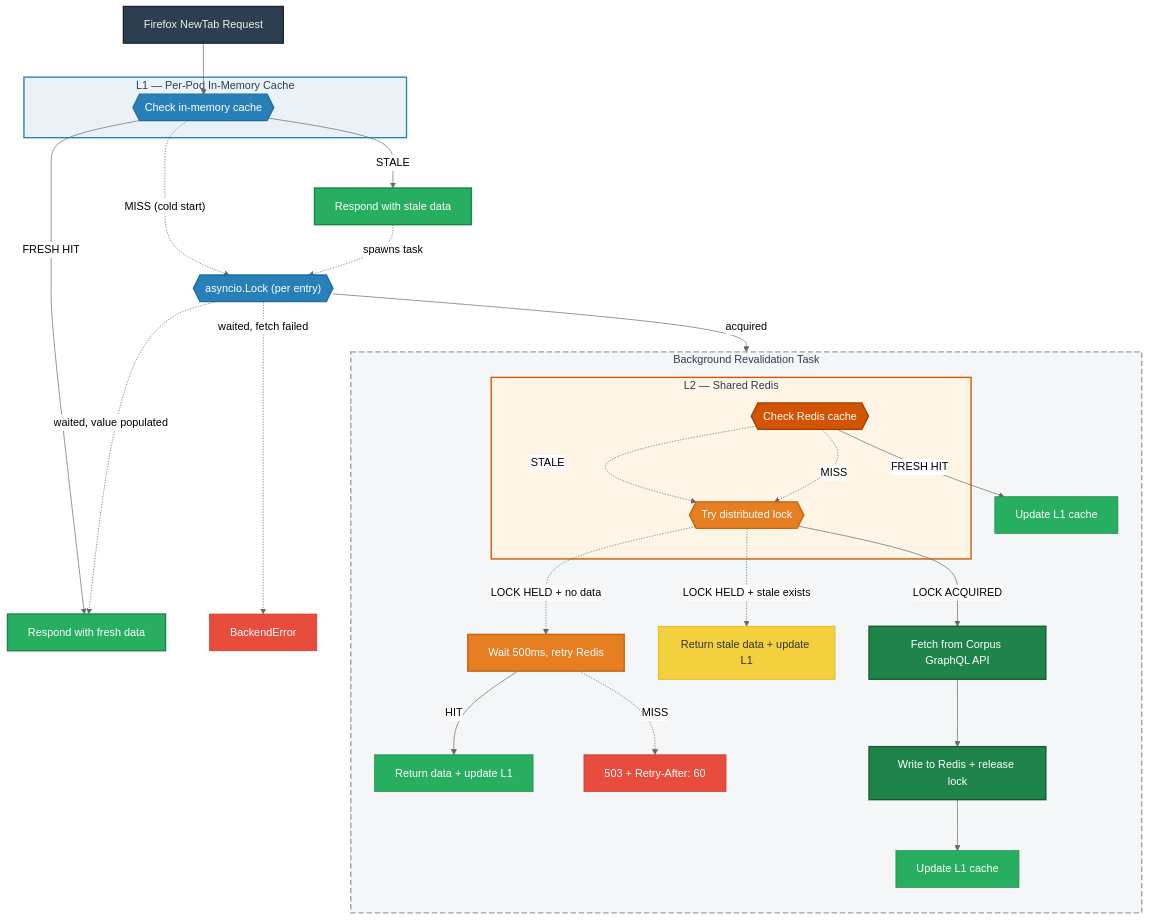
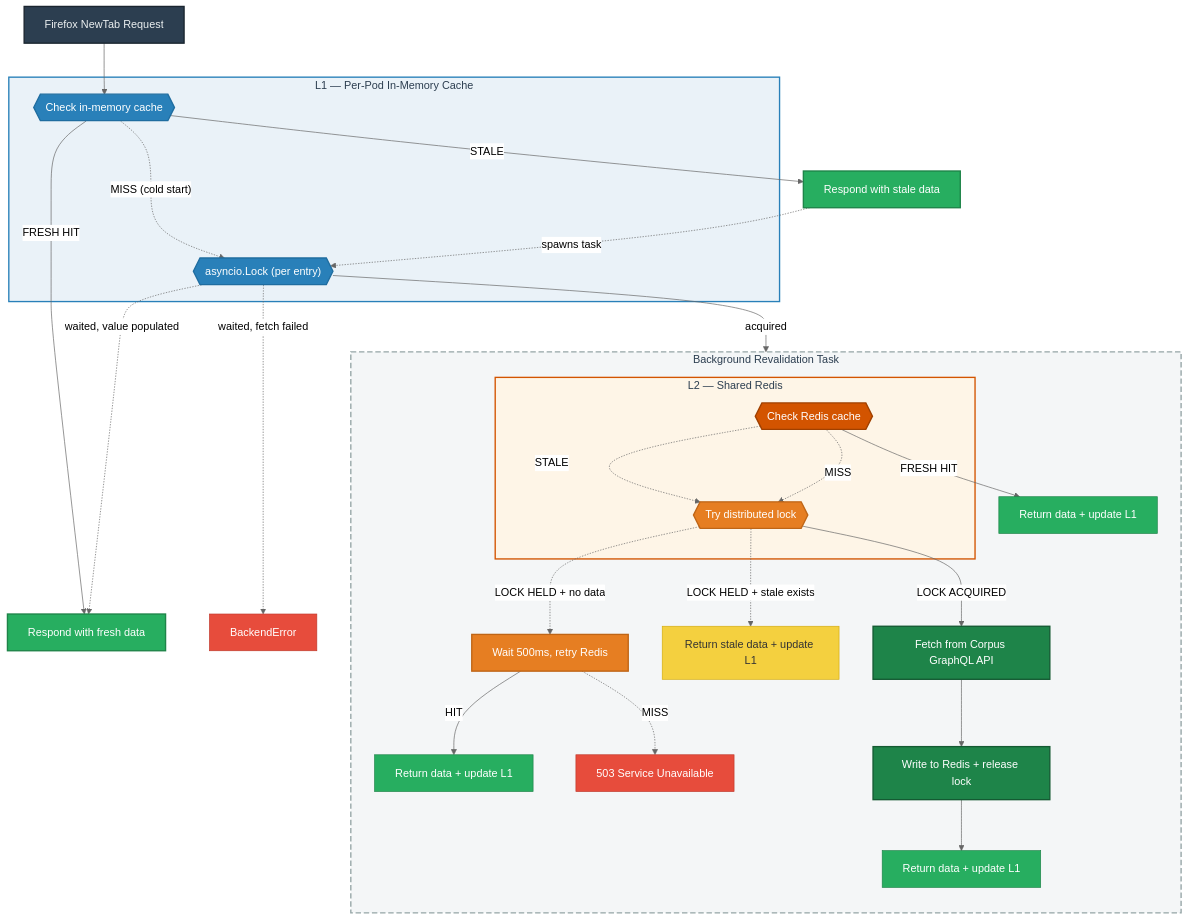
One commit to mozilla-services/merino-py changed the diagram in docs/operations/curated-recommendations/corpus-cache.md. Above: the diagram before and after it, drawn with Mermaid (neutral theme).

Commit message:
Improve diagram accuracy and layout
- Move asyncio.Lock inside L1 subgraph for better layout
- Rename terminal nodes to "Return data + update L1" consistently
- Simplify 503 label to "503 Service Unavailable"
- Pre-declare BackendError node near response nodes

````diff
--- a/docs/operations/curated-recommendations/corpus-cache.md
+++ b/docs/operations/curated-recommendations/corpus-cache.md
@@ -11,73 +11,75 @@
 ```mermaid
 flowchart TB
     req["Firefox NewTab Request"]
 
     subgraph L1 ["L1 — Per-Pod In-Memory Cache"]
         check_l1{{"Check in-memory cache"}}
+        l1_lock{{"asyncio.Lock (per entry)"}}
     end
 
     respond_fresh["Respond with fresh data"]
     respond_stale["Respond with stale data"]
+    return_error["BackendError"]
 
     subgraph bg ["Background Revalidation Task"]
         direction TB
 
         subgraph L2 ["L2 — Shared Redis"]
             check_l2{{"Check Redis cache"}}
             acquire_lock{{"Try distributed lock"}}
         end
 
         api["Fetch from Corpus GraphQL API"]
         write["Write to Redis + release lock"]
         retry_redis["Wait 500ms, retry Redis"]
-        done_l2["Update L1 cache"]
-        done_api["Update L1 cache"]
+        done_l2["Return data + update L1"]
+        done_api["Return data + update L1"]
         done_retry["Return data + update L1"]
         serve_stale["Return stale data + update L1"]
-        return_503["503 + Retry-After: 60"]
+        return_503["503 Service Unavailable"]
     end
 
     req --> check_l1
 
     check_l1 -- "FRESH HIT" --> respond_fresh
     check_l1 -- "STALE" --> respond_stale
-    check_l1 -. "MISS (cold start)" .-> l1_lock{{"asyncio.Lock (per entry)"}}
+    check_l1 -. "MISS (cold start)" .-> l1_lock
 
     respond_stale -. "spawns task" .-> l1_lock
     l1_lock -- "acquired" --> check_l2
     l1_lock -. "waited, value populated" .-> respond_fresh
-    l1_lock -. "waited, fetch failed" .-> return_error["BackendError"]
+    l1_lock -. "waited, fetch failed" .-> return_error
 
     check_l2 -- "FRESH HIT" --> done_l2
     check_l2 -. "STALE" .-> acquire_lock
     check_l2 -. "MISS" .-> acquire_lock
 
     acquire_lock -- "LOCK ACQUIRED" --> api
     acquire_lock -. "LOCK HELD + stale exists" .-> serve_stale
     acquire_lock -. "LOCK HELD + no data" .-> retry_redis
 
     retry_redis -- "HIT" --> done_retry
     retry_redis -. "MISS" .-> return_503
 
     api --> write --> done_api
 
     style req fill:#2c3e50,stroke:#1a252f,color:#ecf0f1,stroke-width:2px
     style check_l1 fill:#2980b9,stroke:#1f6da0,color:#fff,stroke-width:2px
     style l1_lock fill:#2980b9,stroke:#1f6da0,color:#fff,stroke-width:2px
     style check_l2 fill:#d35400,stroke:#a04000,color:#fff,stroke-width:2px
     style acquire_lock fill:#e67e22,stroke:#bf6516,color:#fff,stroke-width:2px
     style api fill:#1e8449,stroke:#145a32,color:#fff,stroke-width:2px
     style write fill:#1e8449,stroke:#145a32,color:#fff,stroke-width:2px
     style respond_fresh fill:#27ae60,stroke:#1e8449,color:#fff,stroke-width:2px
     style respond_stale fill:#27ae60,stroke:#1e8449,color:#fff,stroke-width:2px
     style serve_stale fill:#f4d03f,stroke:#d4ac0f,color:#333
     style retry_redis fill:#e67e22,stroke:#bf6516,color:#fff,stroke-width:2px
     style done_l2 fill:#27ae60,stroke:#1e8449,color:#fff
     style done_api fill:#27ae60,stroke:#1e8449,color:#fff
     style done_retry fill:#27ae60,stroke:#1e8449,color:#fff
     style return_503 fill:#e74c3c,stroke:#c0392b,color:#fff
     style return_error fill:#e74c3c,stroke:#c0392b,color:#fff
     style L1 fill:#eaf2f8,stroke:#2980b9,stroke-width:2px,color:#2c3e50
     style L2 fill:#fef5e7,stroke:#d35400,stroke-width:2px,color:#2c3e50
     style bg fill:#f4f6f7,stroke:#95a5a6,stroke-width:2px,stroke-dasharray: 8 4,color:#2c3e50
 ```
````
